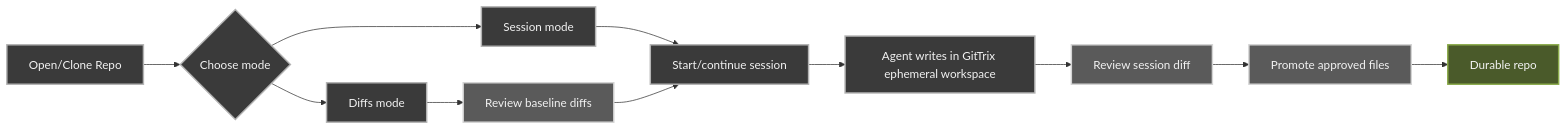
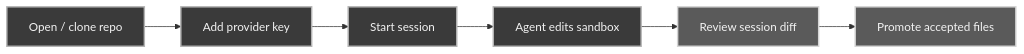
The diagram in src/content/docs/getting-started.md (cloudboy-jh/glib-code-docs), drawn with Mermaid before and after one commit. The commit also changed other lines of this file and 26 other files, not shown here.

First line of the commit message:
Rebuild docs IA against core repo; fix diagrams, drop dead pages

````diff
--- a/src/content/docs/getting-started.md
+++ b/src/content/docs/getting-started.md
@@ -14,23 +40,14 @@
 ```mermaid
 flowchart LR
-  Repo["Open/Clone Repo"] --> Mode{"Choose mode"}
-  Mode --> Diffs["Diffs mode"]
-  Mode --> Session["Session mode"]
-  Diffs --> ReviewBase["Review baseline diffs"]
-  Session --> Start["Start/continue session"]
-  ReviewBase --> Start
-  Start --> Work["Agent writes in GitTrix ephemeral workspace"]
+  Open["Open / clone repo"] --> Key["Add provider key"]
+  Key --> Start["Start session"]
+  Start --> Work["Agent edits sandbox"]
   Work --> Review["Review session diff"]
-  Review --> Promote["Promote approved files"]
-  Promote --> Durable["Durable repo"]
+  Review --> Promote["Promote accepted files"]
 
-  classDef surface fill:#3a3a3a,stroke:#b3b3b3,color:#f2f2f2,stroke-width:2px
-  classDef core fill:#3a3a3a,stroke:#b3b3b3,color:#f2f2f2,stroke-width:2px
+  classDef setup fill:#3a3a3a,stroke:#b3b3b3,color:#f2f2f2,stroke-width:2px
   classDef review fill:#5a5a5a,stroke:#d4d4d4,color:#f2f2f2,stroke-width:2px
-  classDef durable fill:#4a5a2a,stroke:#8aaa4a,color:#f2f2f2,stroke-width:2px
 
-  class Repo,Mode,Diffs,Session surface
-  class Start,Work core
-  class ReviewBase,Review,Promote review
-  class Durable durable
+  class Open,Key,Start,Work setup
+  class Review,Promote review
 ```
````
